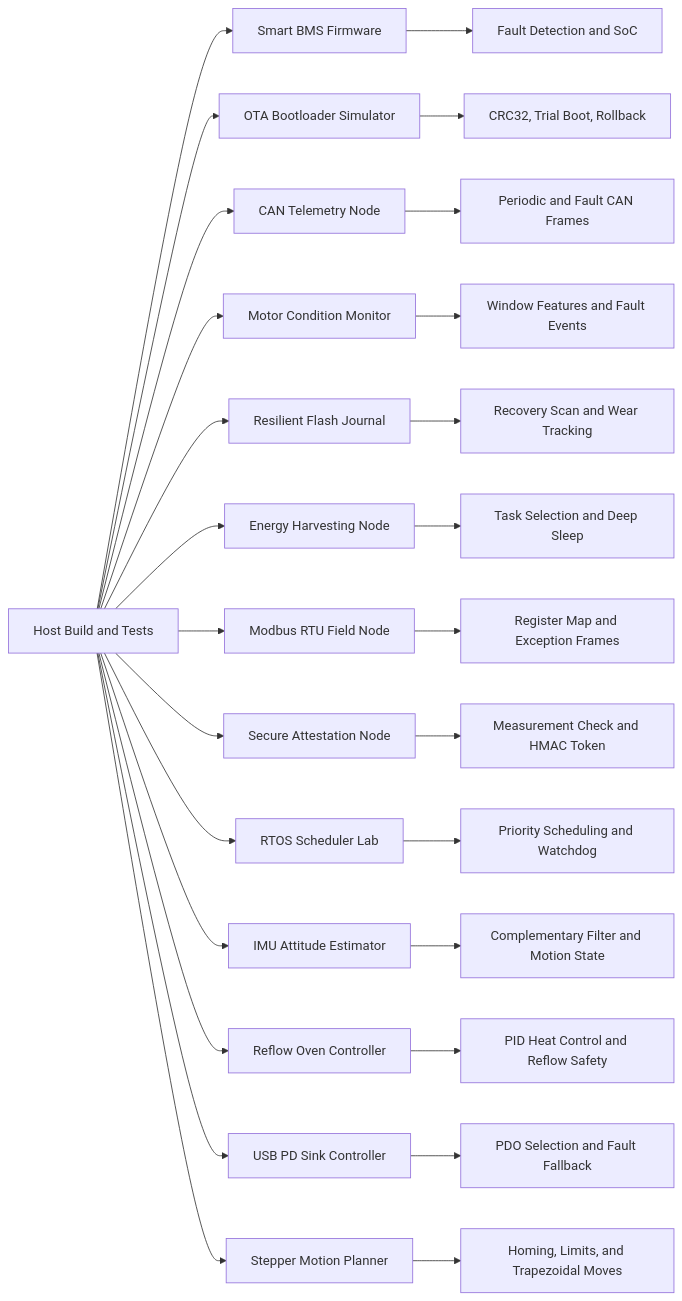
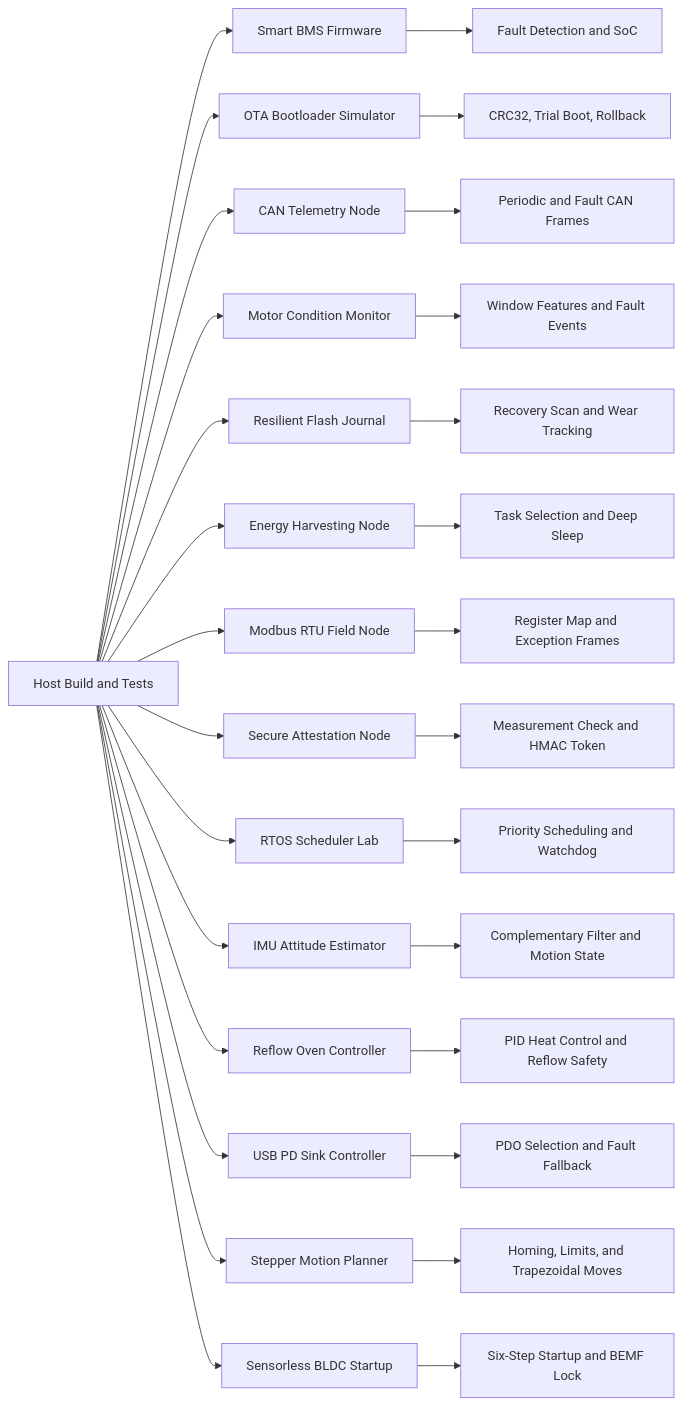
Before and after one commit to akifitu/embedded-systems-collection: the diagram in README.md, drawn with Mermaid. The commit also changed other lines of this file and 14 other files, not shown here.

Commit message:
Add sensorless BLDC startup project

````diff
--- a/README.md
+++ b/README.md
@@ -31,29 +32,31 @@
 ```mermaid
 flowchart LR
     Host[Host Build and Tests] --> BMS[Smart BMS Firmware]
     Host --> OTA[OTA Bootloader Simulator]
     Host --> CAN[CAN Telemetry Node]
     Host --> MCM[Motor Condition Monitor]
     Host --> RFJ[Resilient Flash Journal]
     Host --> EHN[Energy Harvesting Node]
     Host --> MB[Modbus RTU Field Node]
     Host --> SAN[Secure Attestation Node]
     Host --> RTOS[RTOS Scheduler Lab]
     Host --> IMU[IMU Attitude Estimator]
     Host --> RO[Reflow Oven Controller]
     Host --> PD[USB PD Sink Controller]
     Host --> SMP[Stepper Motion Planner]
+    Host --> BLDC[Sensorless BLDC Startup]
     BMS --> Safety[Fault Detection and SoC]
     OTA --> Reliability[CRC32, Trial Boot, Rollback]
     CAN --> VehicleBus[Periodic and Fault CAN Frames]
     MCM --> Predictive[Window Features and Fault Events]
     RFJ --> Persistence[Recovery Scan and Wear Tracking]
     EHN --> Power[Task Selection and Deep Sleep]
     MB --> Industrial[Register Map and Exception Frames]
     SAN --> Trust[Measurement Check and HMAC Token]
     RTOS --> Timing[Priority Scheduling and Watchdog]
     IMU --> Fusion[Complementary Filter and Motion State]
     RO --> Thermal[PID Heat Control and Reflow Safety]
     PD --> Negotiation[PDO Selection and Fault Fallback]
     SMP --> Motion[Homing, Limits, and Trapezoidal Moves]
+    BLDC --> Drive[Six-Step Startup and BEMF Lock]
 ```
````
